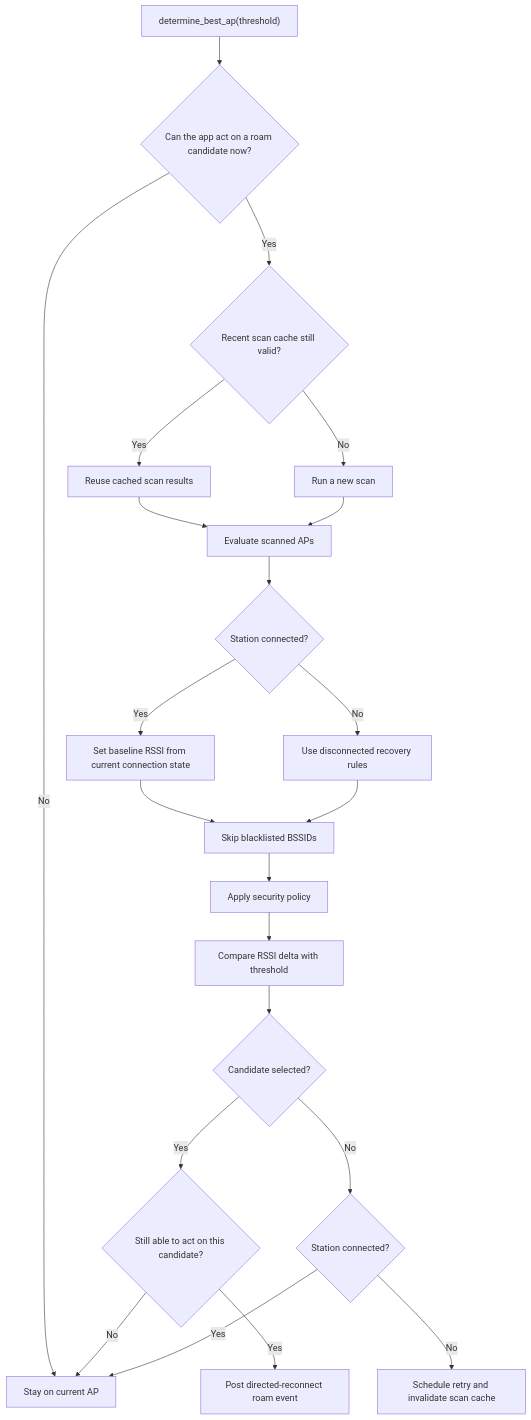
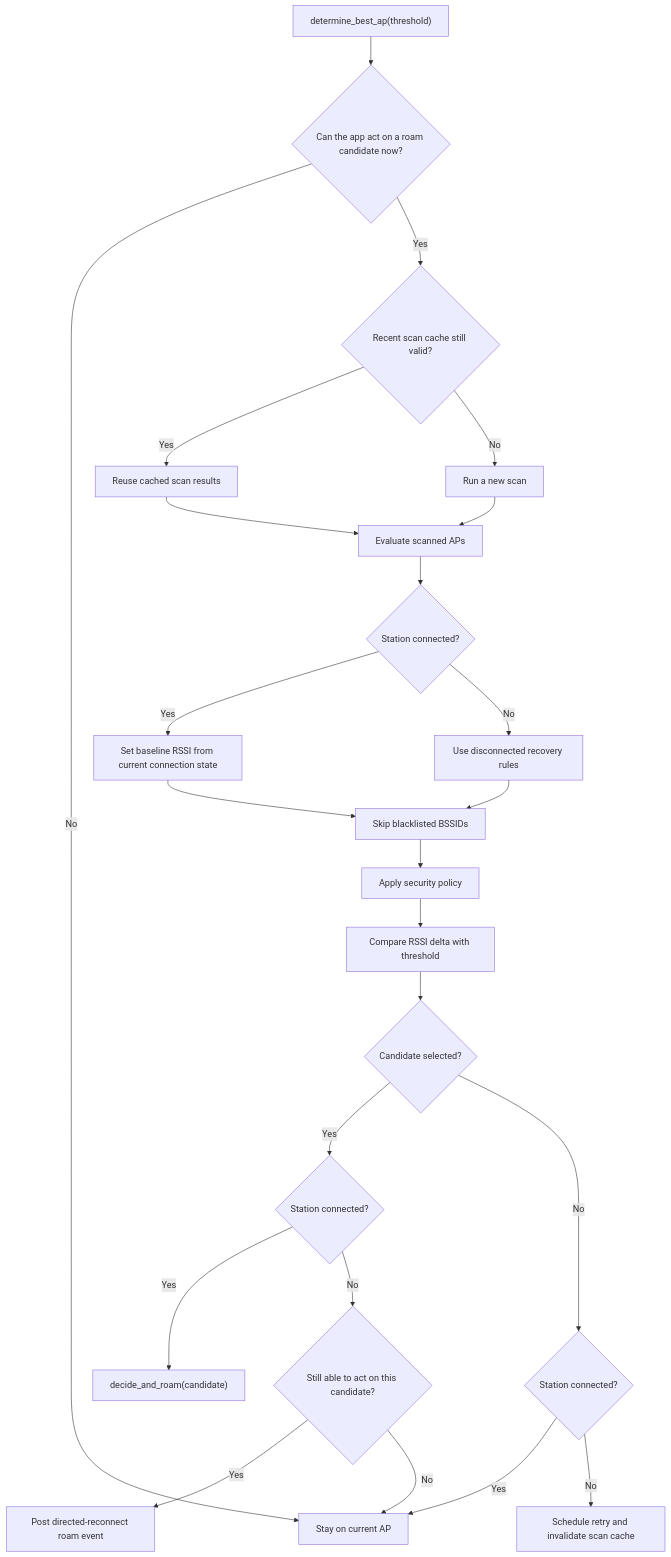
One commit to espressif/esp-idf changed the third of 4 diagrams in components/esp_wifi/wifi_apps/roaming_app/src/ROAMING_FLOW.md. Above: the diagram before and after it, drawn with Mermaid. The commit also changed other lines of this file and 2 other files, not shown here.

First line of the commit message:
feat(roam): Discovery-first periodic path with shared decide_and_roam

````diff
--- a/components/esp_wifi/wifi_apps/roaming_app/src/ROAMING_FLOW.md
+++ b/components/esp_wifi/wifi_apps/roaming_app/src/ROAMING_FLOW.md
@@ -110,27 +124,29 @@
 ```mermaid
 flowchart TD
     A["determine_best_ap(threshold)"] --> A1{"Can the app act on a roam candidate now?"}
     A1 -- "No" --> O["Stay on current AP"]
     A1 -- "Yes" --> B{"Recent scan cache still valid?"}
     B -- "Yes" --> C["Reuse cached scan results"]
     B -- "No" --> D["Run a new scan"]
     C --> E["Evaluate scanned APs"]
     D --> E
 
     E --> F{"Station connected?"}
     F -- "Yes" --> G["Set baseline RSSI from current connection state"]
     F -- "No" --> H["Use disconnected recovery rules"]
     G --> I["Skip blacklisted BSSIDs"]
     H --> I
 
     I --> J["Apply security policy"]
     J --> K["Compare RSSI delta with threshold"]
     K --> L{"Candidate selected?"}
 
-    L -- "Yes" --> M{"Still able to act on this candidate?"}
+    L -- "Yes" --> Conn{"Station connected?"}
+    Conn -- "Yes" --> Decide["decide_and_roam(candidate)"]
+    Conn -- "No" --> M{"Still able to act on this candidate?"}
     M -- "Yes" --> Q["Post directed-reconnect roam event"]
     M -- "No" --> O
     L -- "No" --> N{"Station connected?"}
     N -- "Yes" --> O["Stay on current AP"]
     N -- "No" --> P["Schedule retry and invalidate scan cache"]
 ```
````
